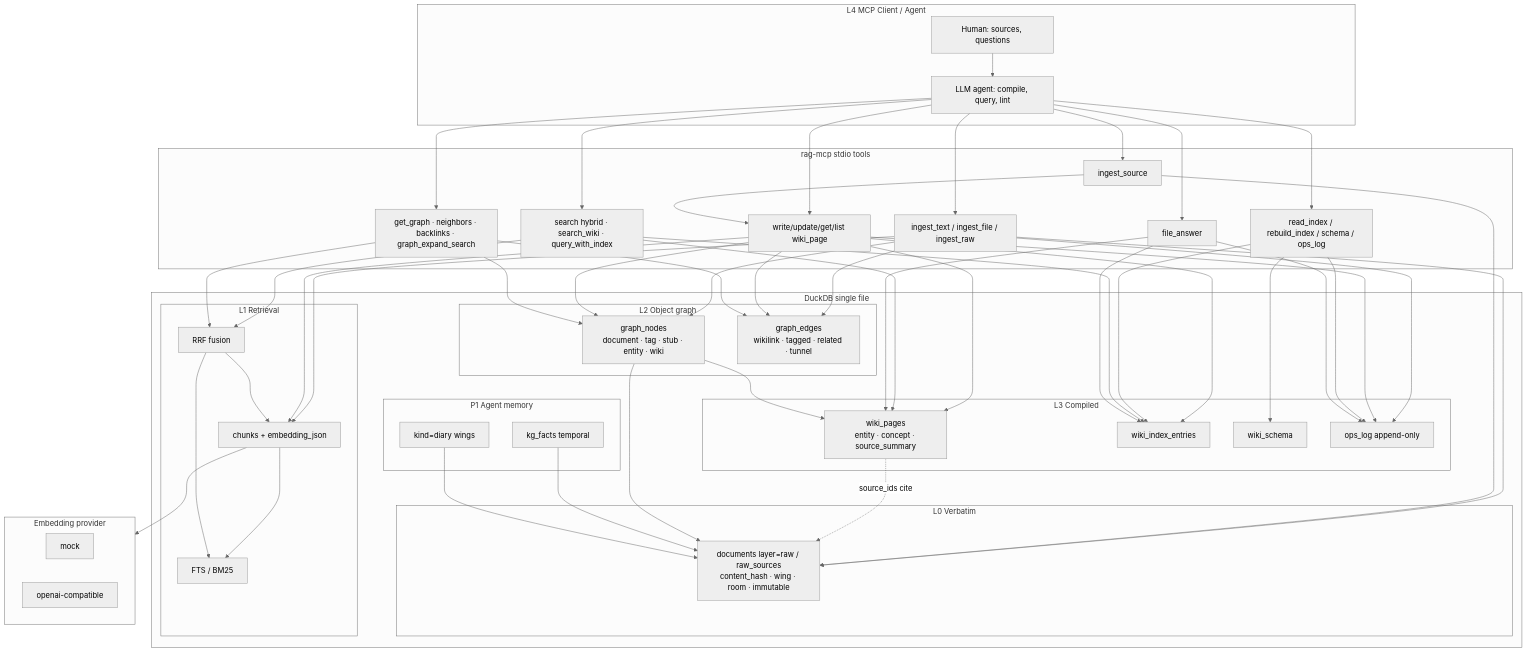
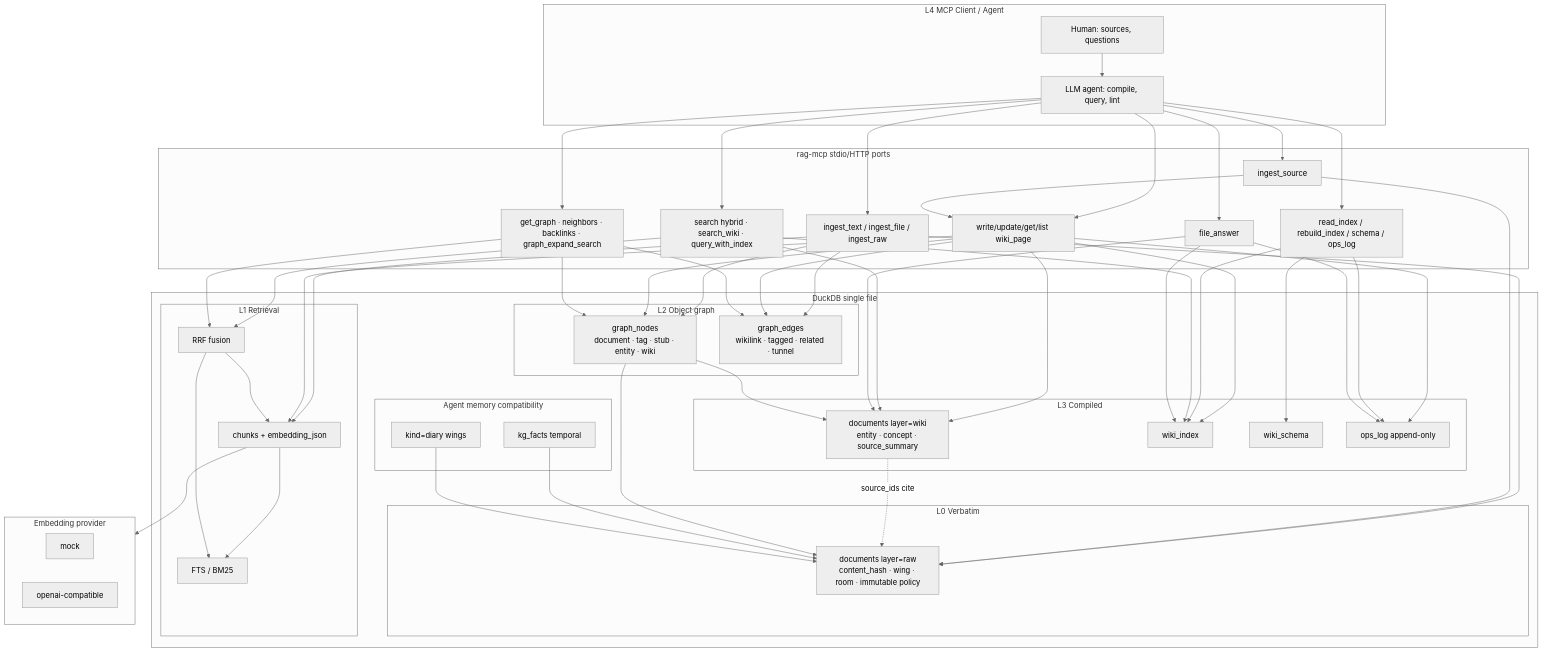
The first of 2 diagrams in docs/ARCHITECTURE_NOTES.md (themoretheless/rag), drawn with Mermaid (neutral theme) before and after one commit. The commit also changed other lines of this file and 12 other files, not shown here.

Commit message:
docs: make shipped RAG roadmap canonical

```diff
--- a/docs/ARCHITECTURE_NOTES.md
+++ b/docs/ARCHITECTURE_NOTES.md
@@ -285,7 +291,7 @@
     Agent["LLM agent: compile, query, lint"]
   end
 
-  subgraph MCP["rag-mcp stdio tools"]
+  subgraph MCP["rag-mcp stdio/HTTP ports"]
     IngestT["ingest_text / ingest_file / ingest_raw"]
     IngestS["ingest_source"]
     WikiT["write/update/get/list wiki_page"]
@@ -297,7 +303,7 @@
 
   subgraph DuckDB["DuckDB single file"]
     subgraph L0["L0 Verbatim"]
-      Raw["documents layer=raw / raw_sources\ncontent_hash · wing · room · immutable"]
+      Raw["documents layer=raw\ncontent_hash · wing · room · immutable policy"]
     end
     subgraph L1["L1 Retrieval"]
       Chunks["chunks + embedding_json"]
@@ -309,12 +315,12 @@
       Edges["graph_edges\nwikilink · tagged · related · tunnel"]
     end
     subgraph L3["L3 Compiled"]
-      Wiki["wiki_pages\nentity · concept · source_summary"]
-      WIndex["wiki_index_entries"]
+      Wiki["documents layer=wiki\nentity · concept · source_summary"]
+      WIndex["wiki_index"]
       Schema["wiki_schema"]
       Log["ops_log append-only"]
     end
-    subgraph P1["P1 Agent memory"]
+    subgraph Memory["Agent memory compatibility"]
       KG["kg_facts temporal"]
       Diary["kind=diary wings"]
     end
@@ -338,7 +344,6 @@
   IngestT --> Chunks
   IngestT --> Nodes
   IngestT --> Edges
-  IngestT --> Log
   Chunks --> Embed
   Chunks --> FTS
 
```
